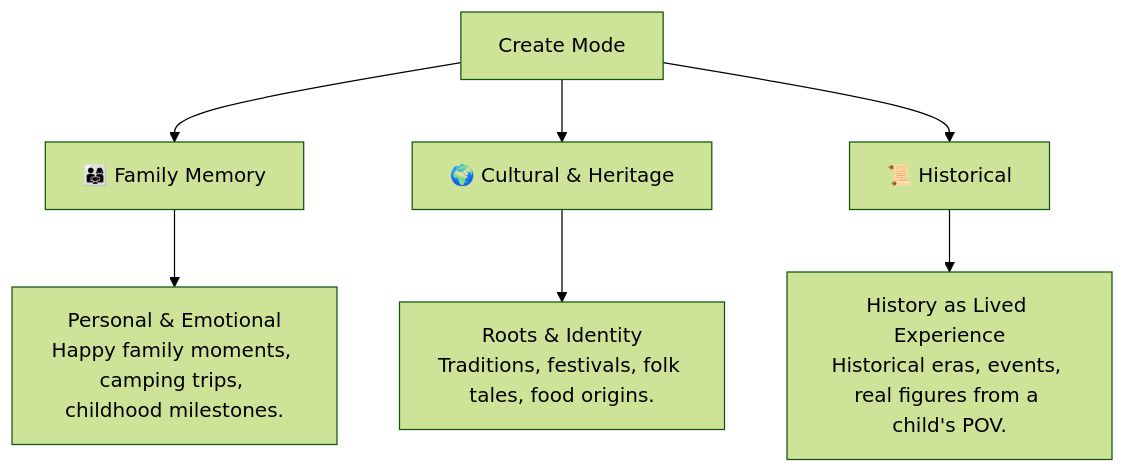
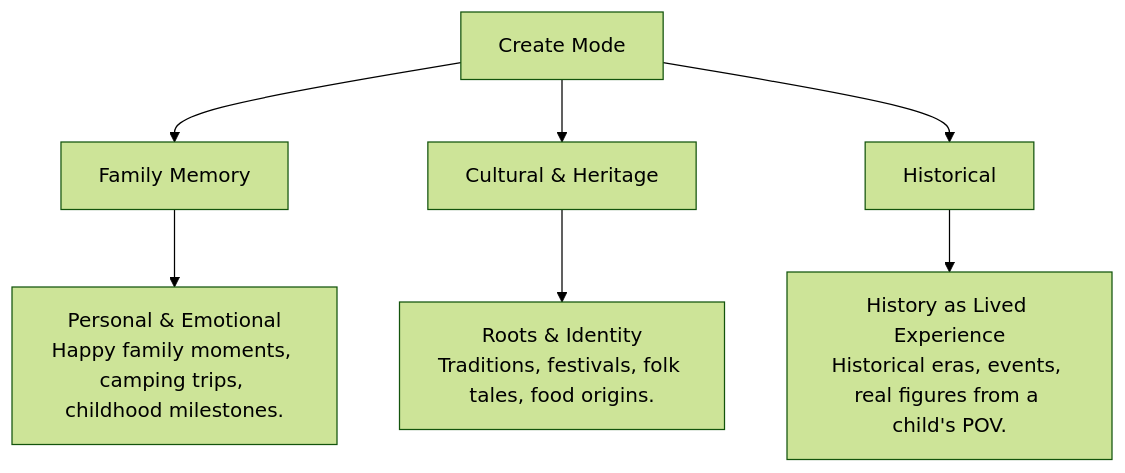
The first of 3 diagrams in README.md (Rohith84/StorySprout), drawn with Mermaid (forest theme) before and after one commit.

Commit message:
removed emojis

````diff
--- a/README.md
+++ b/README.md
@@ -86,10 +86,10 @@
 ```mermaid
 graph TD
-    A[Create Mode] --> B[👨‍👩‍👧 Family Memory]
-    A --> C[🌍 Cultural & Heritage]
-    A --> D[📜 Historical]
+    A[Create Mode] --> B[  Family Memory]
+    A --> C[  Cultural & Heritage]
+    A --> D[  Historical]
 
     B --> B1["Personal & Emotional<br/>Happy family moments, camping trips, childhood milestones."]
     C --> C1["Roots & Identity<br/>Traditions, festivals, folk tales, food origins."]
     D --> D1["History as Lived Experience<br/>Historical eras, events, real figures from a child's POV."]
 ```
````
